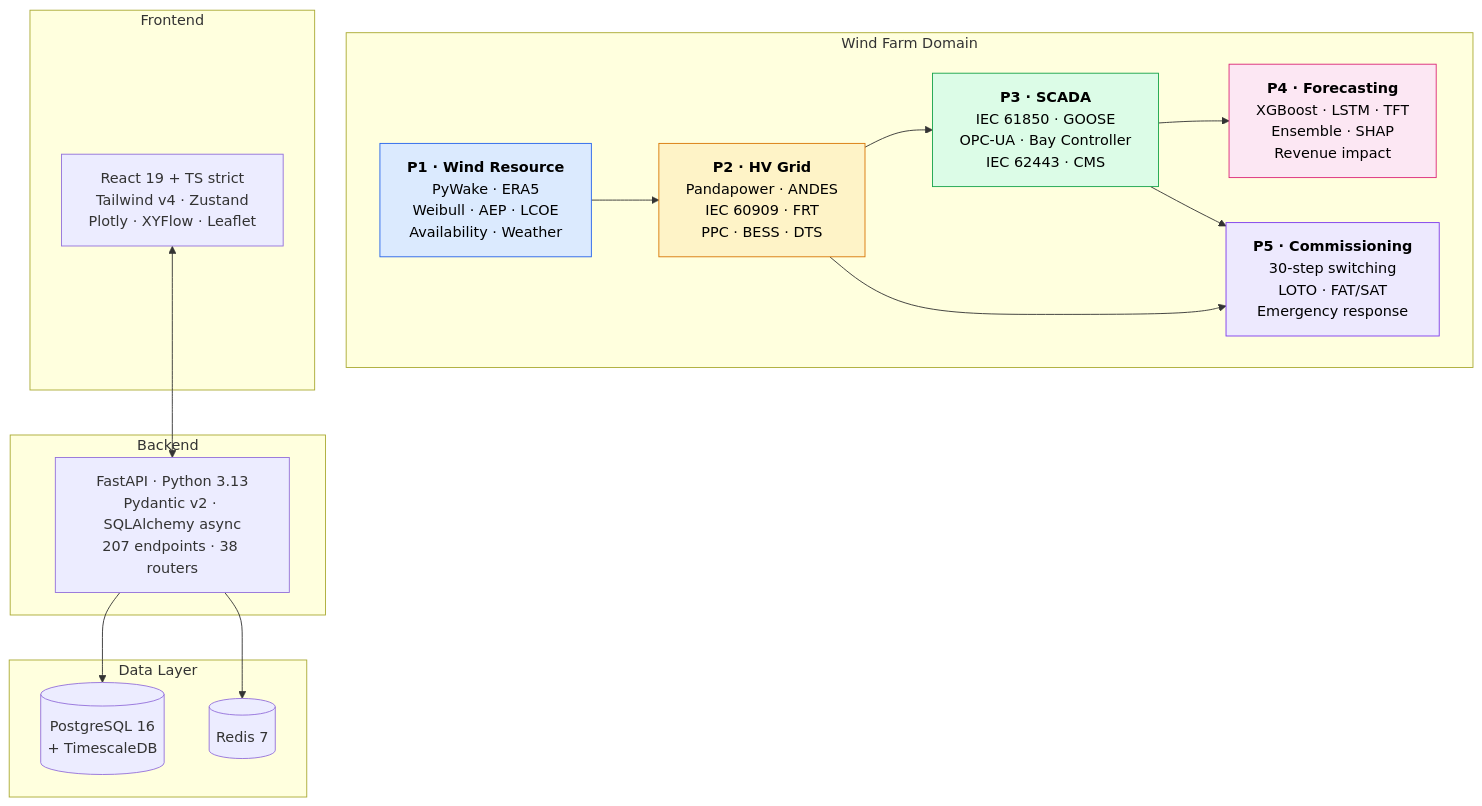
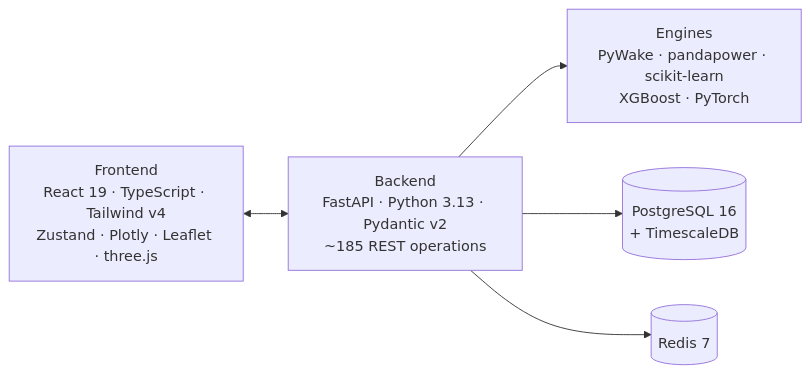
The diagram in README.md (polat-mustafa/baltic-wind-control-system), drawn with Mermaid before and after one commit. The commit also changed other lines of this file and 116 other files, not shown here.

````diff
--- a/README.md
+++ b/README.md
@@ -217,38 +80,12 @@
 ```mermaid
-graph TB
-    subgraph "Wind Farm Domain"
-        P1["<b>P1 · Wind Resource</b><br/>PyWake · ERA5<br/>Weibull · AEP · LCOE<br/>Availability · Weather"]
-        P2["<b>P2 · HV Grid</b><br/>Pandapower · ANDES<br/>IEC 60909 · FRT<br/>PPC · BESS · DTS"]
-        P3["<b>P3 · SCADA</b><br/>IEC 61850 · GOOSE<br/>OPC-UA · Bay Controller<br/>IEC 62443 · CMS"]
-        P4["<b>P4 · Forecasting</b><br/>XGBoost · LSTM · TFT<br/>Ensemble · SHAP<br/>Revenue impact"]
-        P5["<b>P5 · Commissioning</b><br/>30-step switching<br/>LOTO · FAT/SAT<br/>Emergency response"]
-    end
-
-    subgraph "Frontend"
-        FE["React 19 + TS strict<br/>Tailwind v4 · Zustand<br/>Plotly · XYFlow · Leaflet"]
-    end
-
-    subgraph "Backend"
-        BE["FastAPI · Python 3.13<br/>Pydantic v2 · SQLAlchemy async<br/>207 endpoints · 38 routers"]
-    end
-
-    subgraph "Data Layer"
-        DB[("PostgreSQL 16<br/>+ TimescaleDB")]
-        RD[("Redis 7")]
-    end
-
-    P1 --> P2 --> P3
-    P3 --> P4
-    P3 --> P5
-    P2 --> P5
-
-    FE <--> BE
-    BE --> DB
-    BE --> RD
-
-    style P1 fill:#dbeafe,stroke:#2563eb,color:#000
-    style P2 fill:#fef3c7,stroke:#d97706,color:#000
-    style P3 fill:#dcfce7,stroke:#16a34a,color:#000
-    style P4 fill:#fce7f3,stroke:#db2777,color:#000
-    style P5 fill:#ede9fe,stroke:#7c3aed,color:#000
+graph LR
+    UI["Frontend<br/>React 19 · TypeScript · Tailwind v4<br/>Zustand · Plotly · Leaflet · three.js"]
+    API["Backend<br/>FastAPI · Python 3.13 · Pydantic v2<br/>~185 REST operations"]
+    ENG["Engines<br/>PyWake · pandapower · scikit-learn<br/>XGBoost · PyTorch"]
+    DB[("PostgreSQL 16<br/>+ TimescaleDB")]
+    RD[("Redis 7")]
+    UI <--> API
+    API --> ENG
+    API --> DB
+    API --> RD
 ```
````
